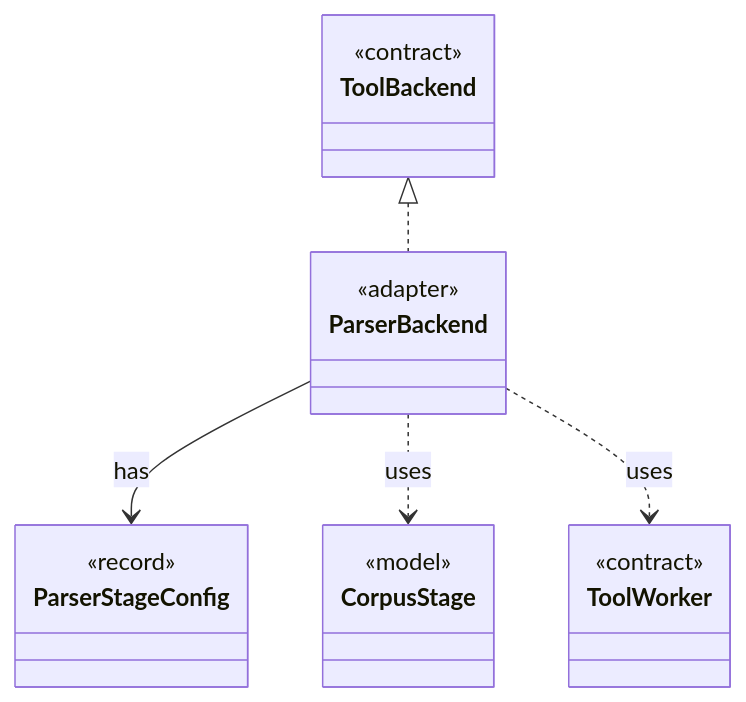
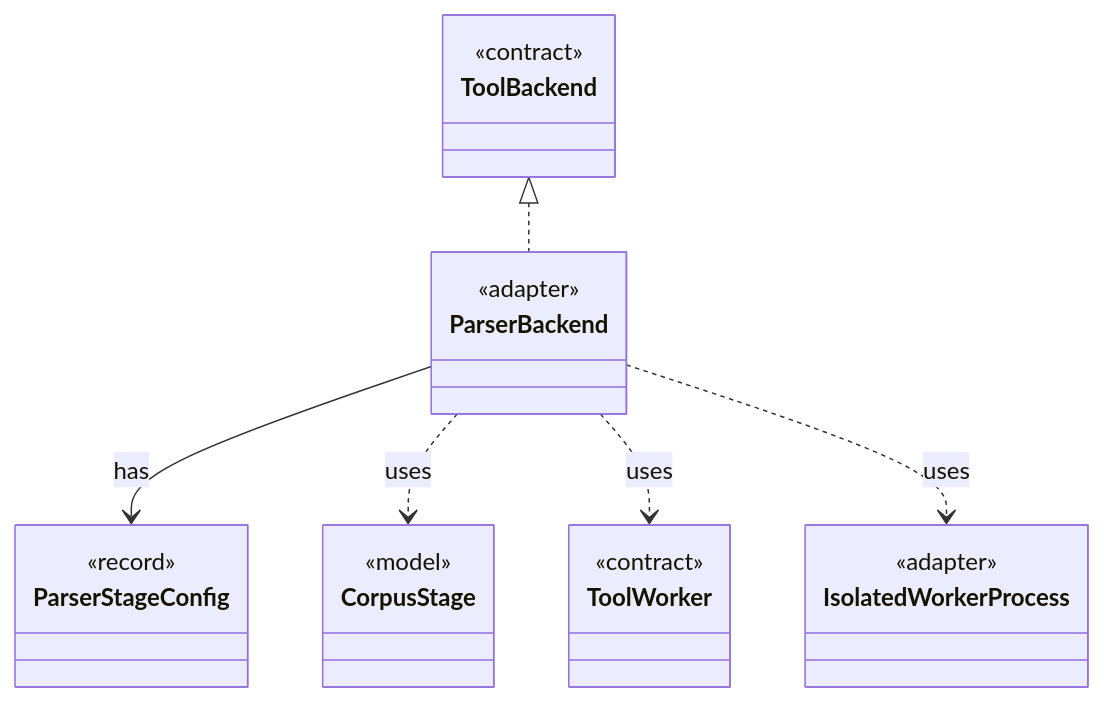
Before and after one commit to tlaplus/model-checker-hardening: the diagram in dev/types/io.github.tlaplus.hardening.workflow.parser.ParserBackend.md, drawn with Mermaid. The commit also changed other lines of this file and 408 other files, not shown here.

````diff
--- a/dev/types/io.github.tlaplus.hardening.workflow.parser.ParserBackend.md
+++ b/dev/types/io.github.tlaplus.hardening.workflow.parser.ParserBackend.md
@@ -7,22 +7,26 @@
 ```mermaid
 classDiagram
   class ParserBackend {
     <<adapter>>
   }
   class ToolBackend {
     <<contract>>
   }
   class ParserStageConfig {
     <<record>>
   }
   class CorpusStage {
     <<model>>
   }
   class ToolWorker {
     <<contract>>
   }
+  class IsolatedWorkerProcess {
+    <<adapter>>
+  }
   ToolBackend <|.. ParserBackend
   ParserBackend --> ParserStageConfig : has
   ParserBackend ..> CorpusStage : uses
   ParserBackend ..> ToolWorker : uses
+  ParserBackend ..> IsolatedWorkerProcess : uses
 ```
````
